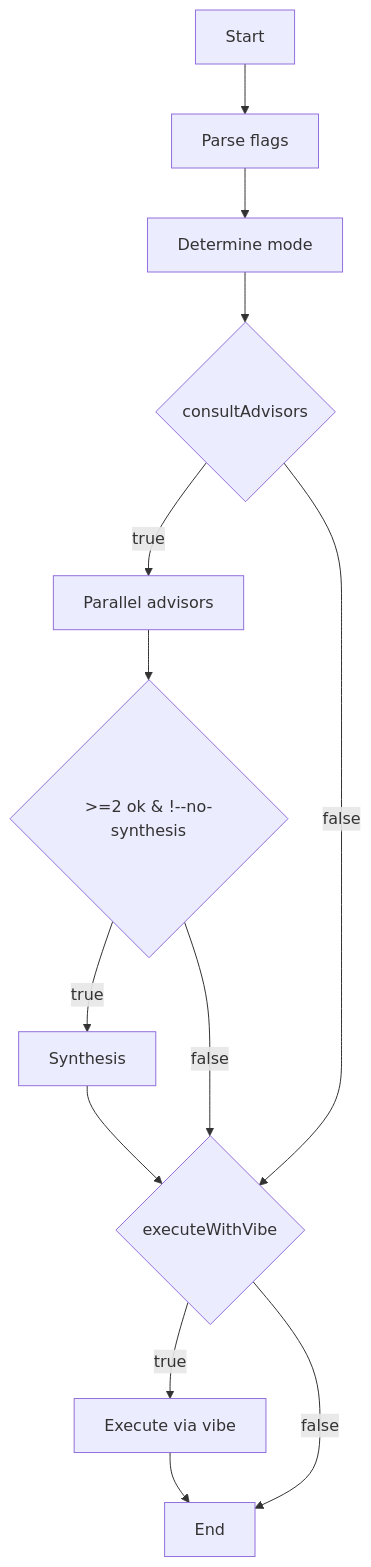
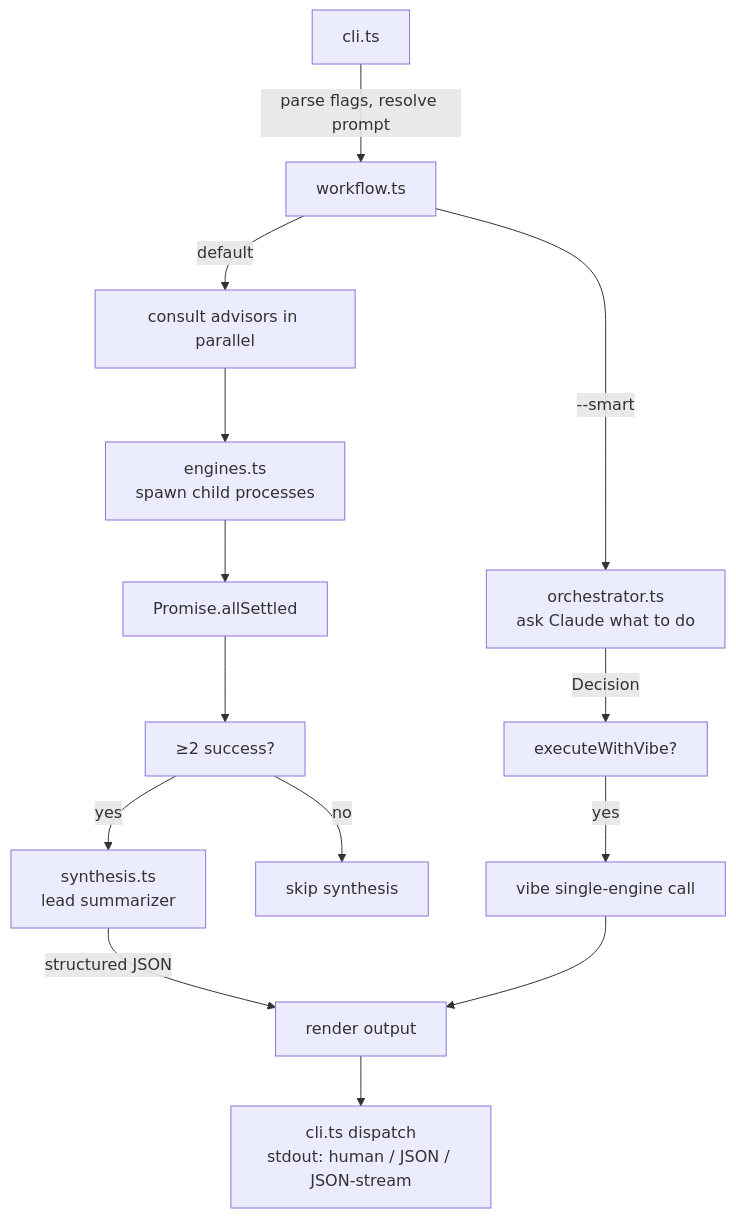
The diagram in docs/architecture.md (tofuchick3n/senate), drawn with Mermaid before and after one commit. The commit also changed other lines of this file and 3 other files, not shown here.

First line of the commit message:
sync README + docs with the four roadmap items shipped this session (#12)

````diff
--- a/docs/architecture.md
+++ b/docs/architecture.md
@@ -8,15 +5,16 @@
 ```mermaid
 flowchart TD
-    A[Start] --> B[Parse flags]
-    B --> C[Determine mode]
-    C --> D{consultAdvisors}
-    D -->|true| E[Parallel advisors]
-    E --> F{>=2 ok & !--no-synthesis}
-    F -->|true| G[Synthesis]
-    F -->|false| H{executeWithVibe}
-    D -->|false| H
-    G --> H
-    H -->|true| I[Execute via vibe]
-    H -->|false| J[End]
-    I --> J
+  A[cli.ts] -->|parse flags, resolve prompt| B[workflow.ts]
+  B -->|--smart| C[orchestrator.ts\nask Claude what to do]
+  B -->|default| D[consult advisors in parallel]
+  D --> E[engines.ts\nspawn child processes]
+  E --> F[Promise.allSettled]
+  F --> G[≥2 success?]
+  G -->|yes| H[synthesis.ts\nlead summarizer]
+  G -->|no| I[skip synthesis]
+  H -->|structured JSON| J[render output]
+  C -->|Decision| K[executeWithVibe?]
+  K -->|yes| L[vibe single-engine call]
+  L --> J
+  J --> M[cli.ts dispatch\nstdout: human / JSON / JSON-stream]
 ```
````
